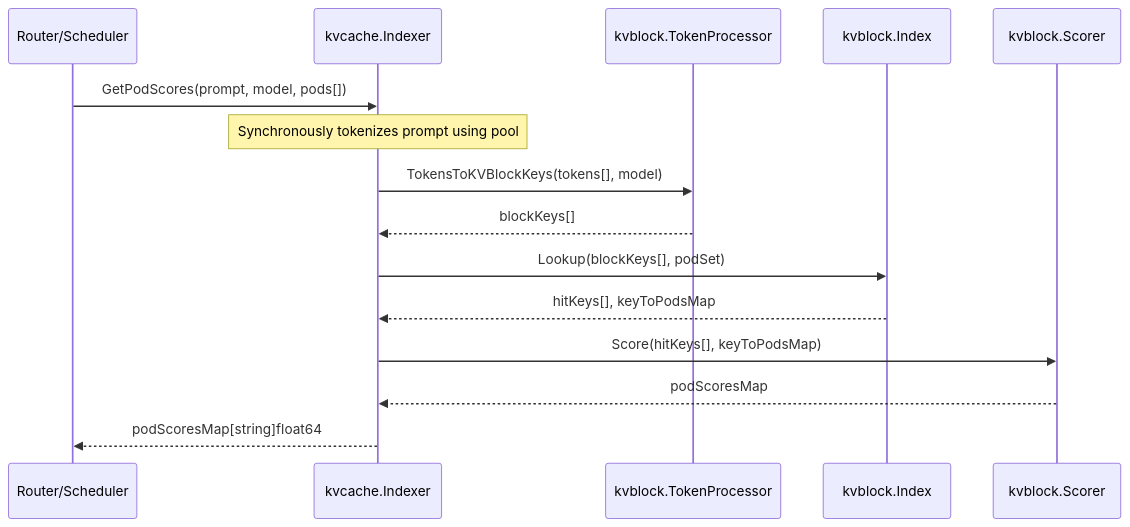
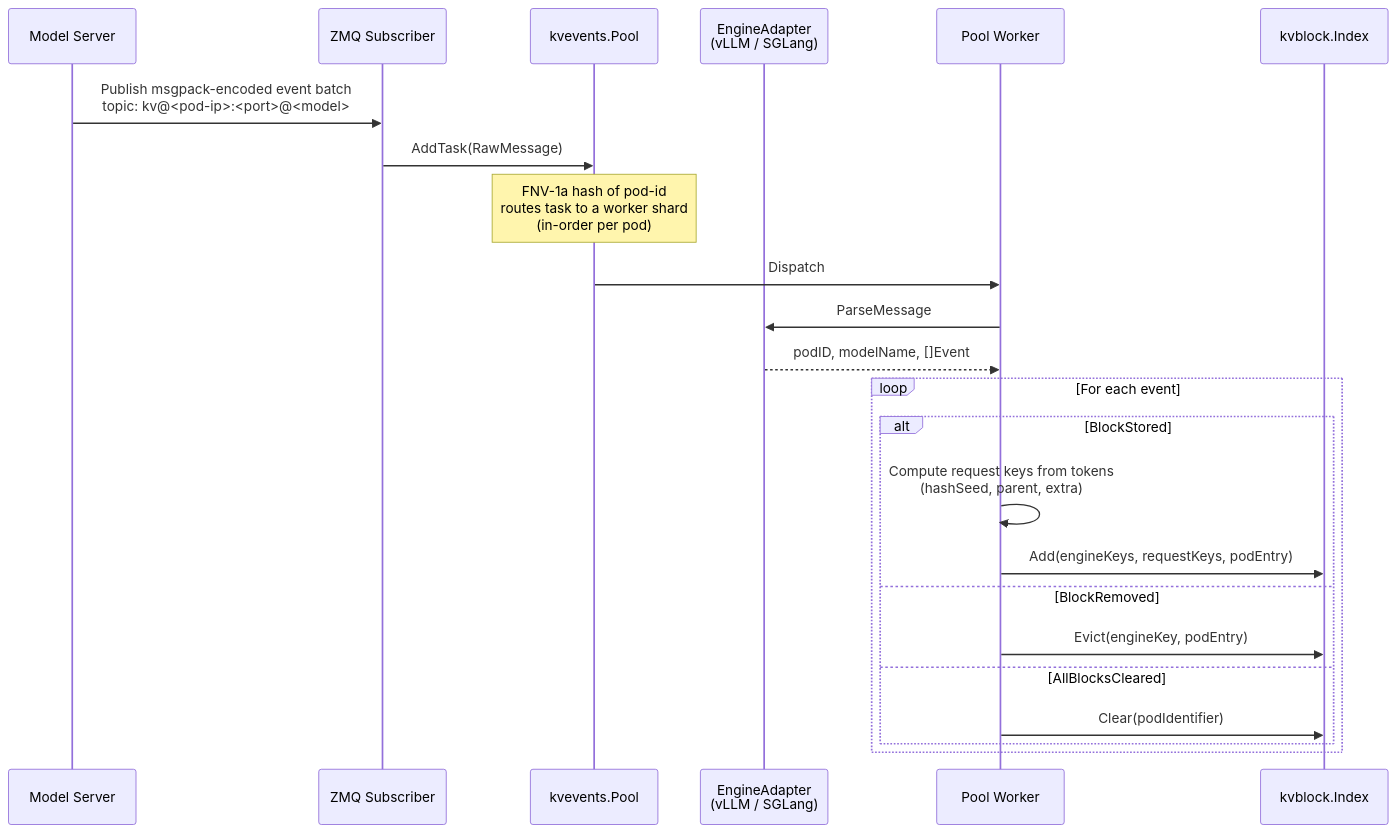
Before and after one commit to llm-d/llm-d-kv-cache: the second of 3 diagrams in docs/architecture.md, drawn with Mermaid. The commit also changed other lines of this file and 1 other file, not shown here.

````diff
--- a/docs/architecture.md
+++ b/docs/architecture.md
@@ -34,23 +58,27 @@
 ```mermaid
 sequenceDiagram
-    participant Router as Router/Scheduler
-    participant Indexer as kvcache.Indexer
-    participant TokenProcessor as kvblock.TokenProcessor
+    participant MS as Model Server
+    participant Sub as ZMQ Subscriber
+    participant Pool as kvevents.Pool
+    participant Adapter as EngineAdapter<br/>(vLLM / SGLang)
+    participant Worker as Pool Worker
     participant Index as kvblock.Index
-    participant Scorer as kvblock.Scorer
 
-    Router->>Indexer: GetPodScores(prompt, model, pods[])
-    
-    Note over Indexer: Synchronously tokenizes prompt using pool
-    
-    Indexer->>TokenProcessor: TokensToKVBlockKeys(tokens[], model)
-    TokenProcessor-->>Indexer: blockKeys[]
-    
-    Indexer->>Index: Lookup(blockKeys[], podSet)
-    Index-->>Indexer: hitKeys[], keyToPodsMap
-    
-    Indexer->>Scorer: Score(hitKeys[], keyToPodsMap)
-    Scorer-->>Indexer: podScoresMap
-    
-    Indexer-->>Router: podScoresMap[string]float64
+    MS->>Sub: Publish msgpack-encoded event batch<br/>topic: kv@<pod-ip>:<port>@<model>
+    Sub->>Pool: AddTask(RawMessage)
+    Note over Pool: FNV-1a hash of pod-id<br/>routes task to a worker shard<br/>(in-order per pod)
+    Pool->>Worker: Dispatch
+    Worker->>Adapter: ParseMessage
+    Adapter-->>Worker: podID, modelName, []Event
+
+    loop For each event
+        alt BlockStored
+            Worker->>Worker: Compute request keys from tokens<br/>(hashSeed, parent, extra)
+            Worker->>Index: Add(engineKeys, requestKeys, podEntry)
+        else BlockRemoved
+            Worker->>Index: Evict(engineKey, podEntry)
+        else AllBlocksCleared
+            Worker->>Index: Clear(podIdentifier)
+        end
+    end
 ```
````
